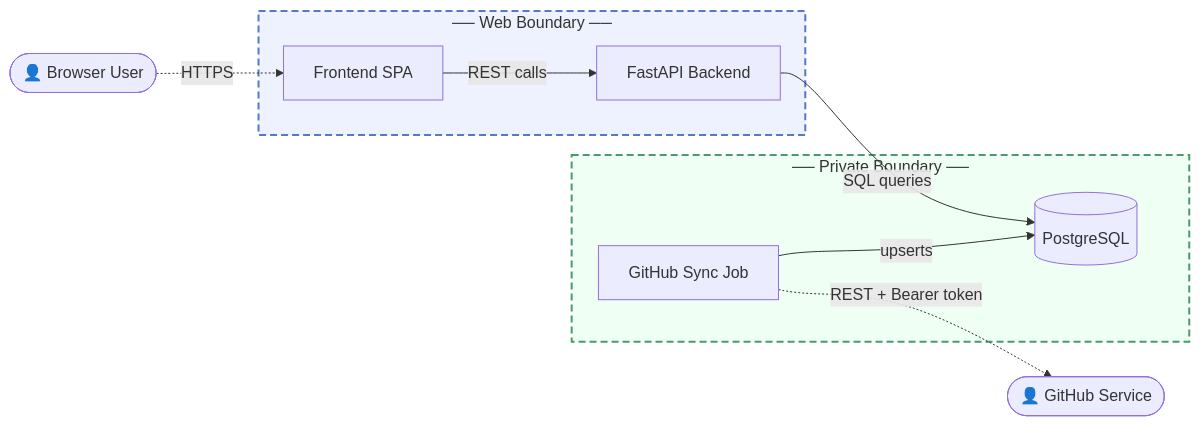
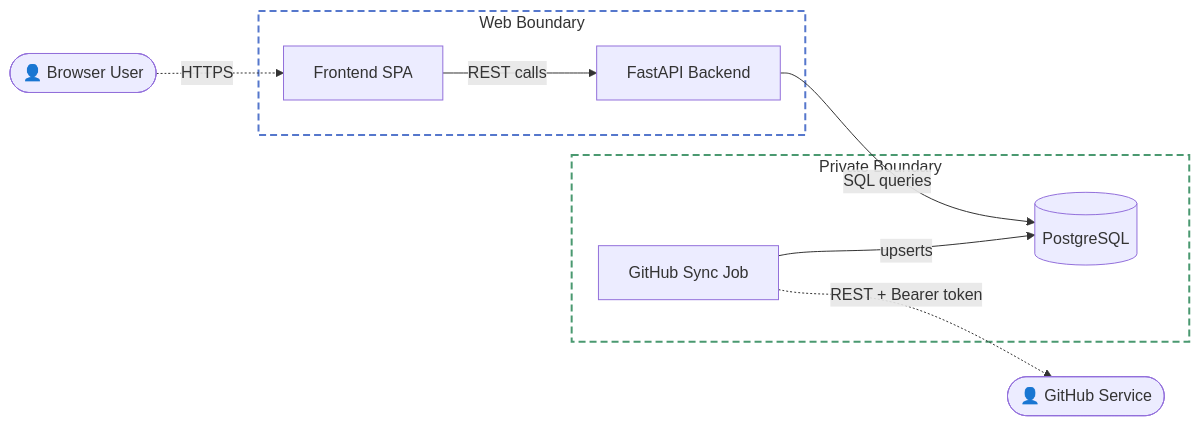
One commit to dej-h/ratchet changed the diagram in skills/swe-loop/mermaid-guide.md. Above: the diagram before and after it, drawn with Mermaid. The commit also changed other lines of this file and 1 other file, not shown here.

First line of the commit message:
docs(mermaid): mandate render QA, stroke-only boundaries; fix ADR diagram

````diff
--- a/skills/swe-loop/mermaid-guide.md
+++ b/skills/swe-loop/mermaid-guide.md
@@ -63,24 +66,24 @@
 ```mermaid
 graph LR
     User(["👤 Browser User"])
     GitHubSvc(["👤 GitHub Service"])
 
-    subgraph web["── Web Boundary ──"]
+    subgraph web["Web Boundary"]
         Frontend["Frontend SPA"]
         API["FastAPI Backend"]
     end
 
-    subgraph private["── Private Boundary ──"]
+    subgraph private["Private Boundary"]
         DB[("PostgreSQL")]
         SyncJob["GitHub Sync Job"]
     end
 
     User -.->|"HTTPS"| Frontend
     Frontend -->|"REST calls"| API
     API -->|"SQL queries"| DB
     SyncJob -->|"upserts"| DB
     SyncJob -.->|"REST + Bearer token"| GitHubSvc
 
-    style web     fill:#eef2ff,stroke:#5577cc,stroke-width:2px,stroke-dasharray:7 4
-    style private fill:#f0fff4,stroke:#4a9970,stroke-width:2px,stroke-dasharray:7 4
+    style web     fill:none,stroke:#5577cc,stroke-width:2px,stroke-dasharray:7 4
+    style private fill:none,stroke:#4a9970,stroke-width:2px,stroke-dasharray:7 4
 ```
````
